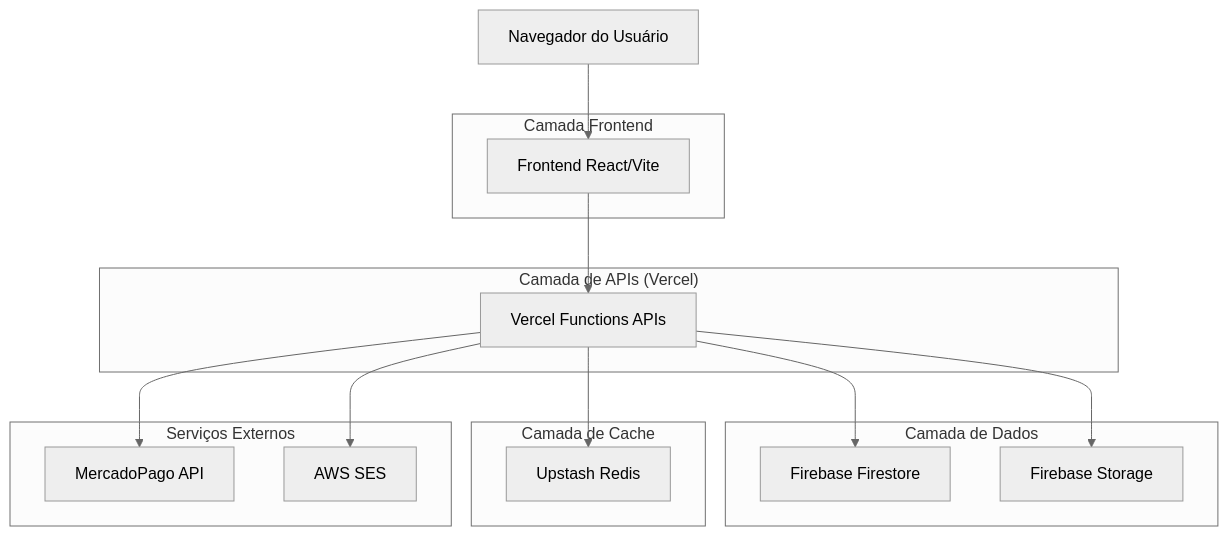
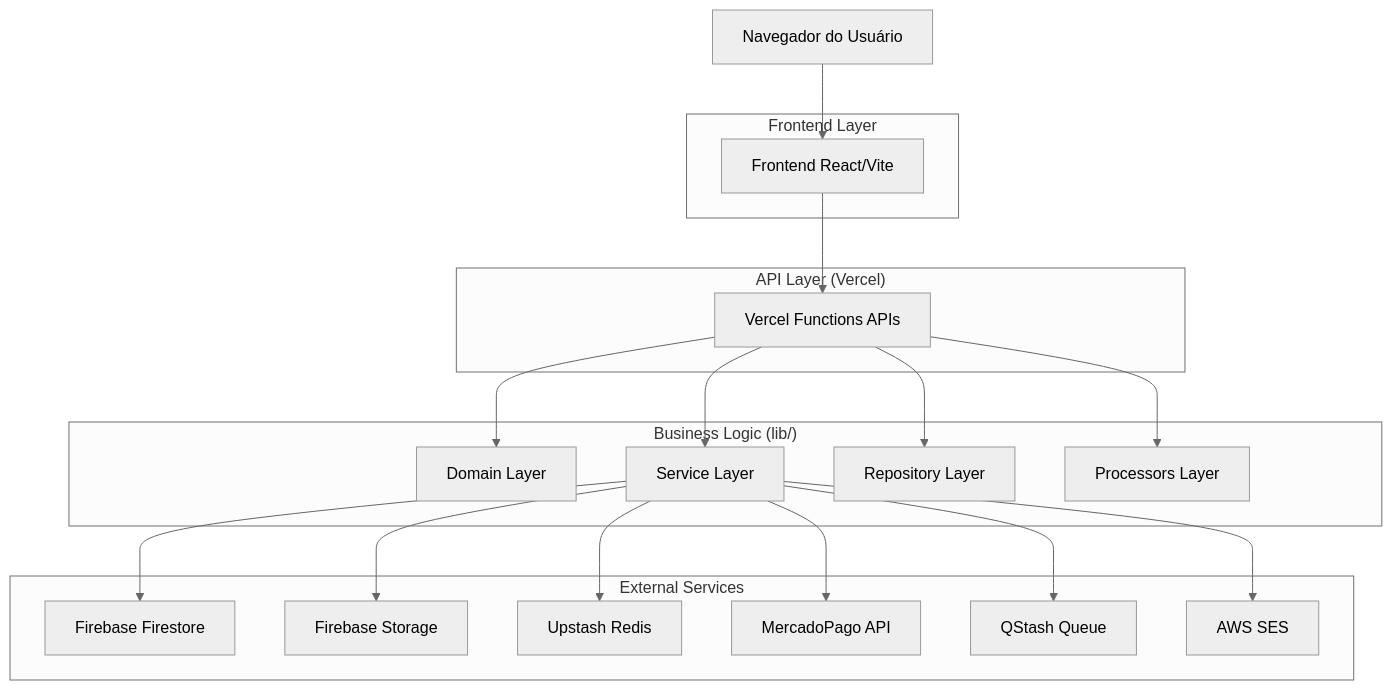
Before and after one commit to cta-mantraom/firebase-sos-moto: the first of 6 diagrams in .trae/document/arquitetura-tecnica-sos-moto.md, drawn with Mermaid (neutral theme). The commit also changed other lines of this file and 3 other files, not shown here.

````diff
--- a/.trae/document/arquitetura-tecnica-sos-moto.md
+++ b/.trae/document/arquitetura-tecnica-sos-moto.md
@@ -71,32 +73,40 @@
 ```mermaid
 graph TD
     A[Navegador do Usuário] --> B[Frontend React/Vite]
     B --> C[Vercel Functions APIs]
-    C --> D[Firebase Firestore]
-    C --> E[Firebase Storage]
-    C --> F[Upstash Redis]
-    C --> G[MercadoPago API]
-    C --> H[AWS SES]
+    C --> D[Domain Layer]
+    C --> E[Service Layer]
+    C --> F[Repository Layer]
+    C --> G[Processors Layer]
     
-    subgraph "Camada Frontend"
+    E --> H[Firebase Firestore]
+    E --> I[Firebase Storage]
+    E --> J[Upstash Redis]
+    E --> K[MercadoPago API]
+    E --> L[QStash Queue]
+    E --> M[AWS SES]
+    
+    subgraph "Frontend Layer"
         B
     end
     
-    subgraph "Camada de APIs (Vercel)"
+    subgraph "API Layer (Vercel)"
         C
     end
     
-    subgraph "Camada de Dados"
+    subgraph "Business Logic (lib/)"
         D
         E
+        F
+        G
     end
     
-    subgraph "Camada de Cache"
-        F
-    end
-    
-    subgraph "Serviços Externos"
-        G
+    subgraph "External Services"
         H
+        I
+        J
+        K
+        L
+        M
     end
 ```
````
